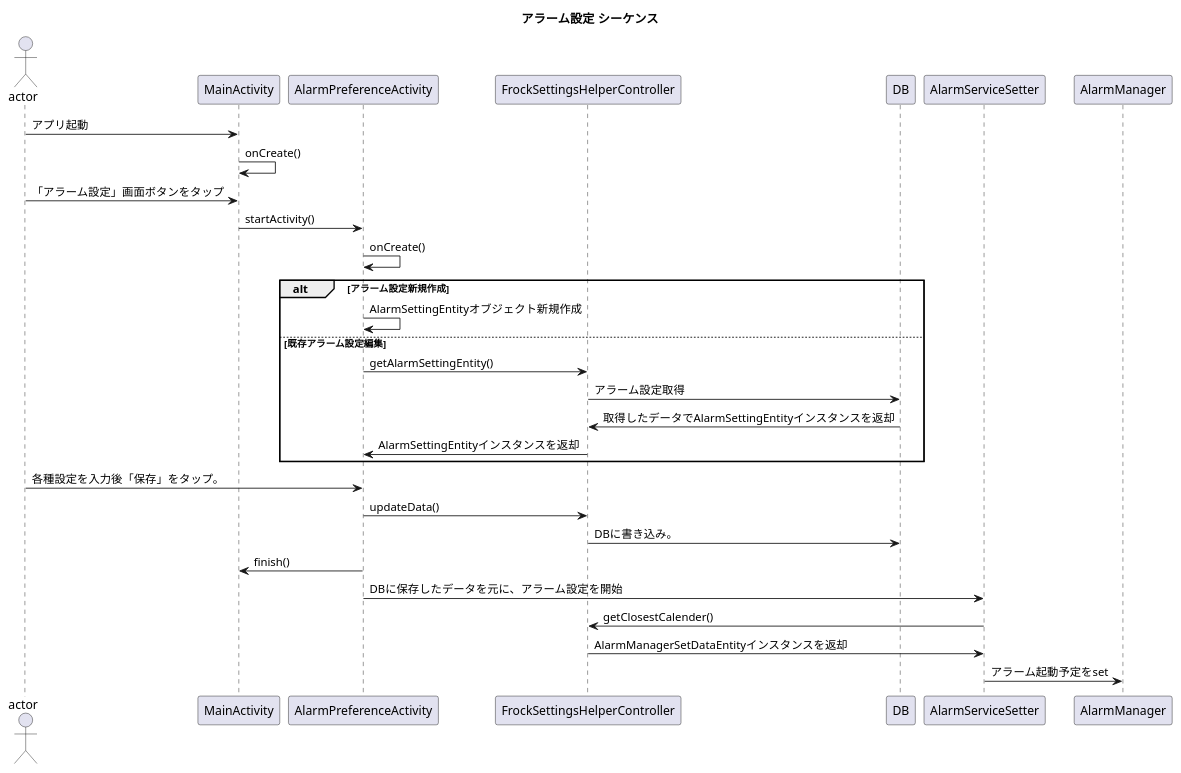
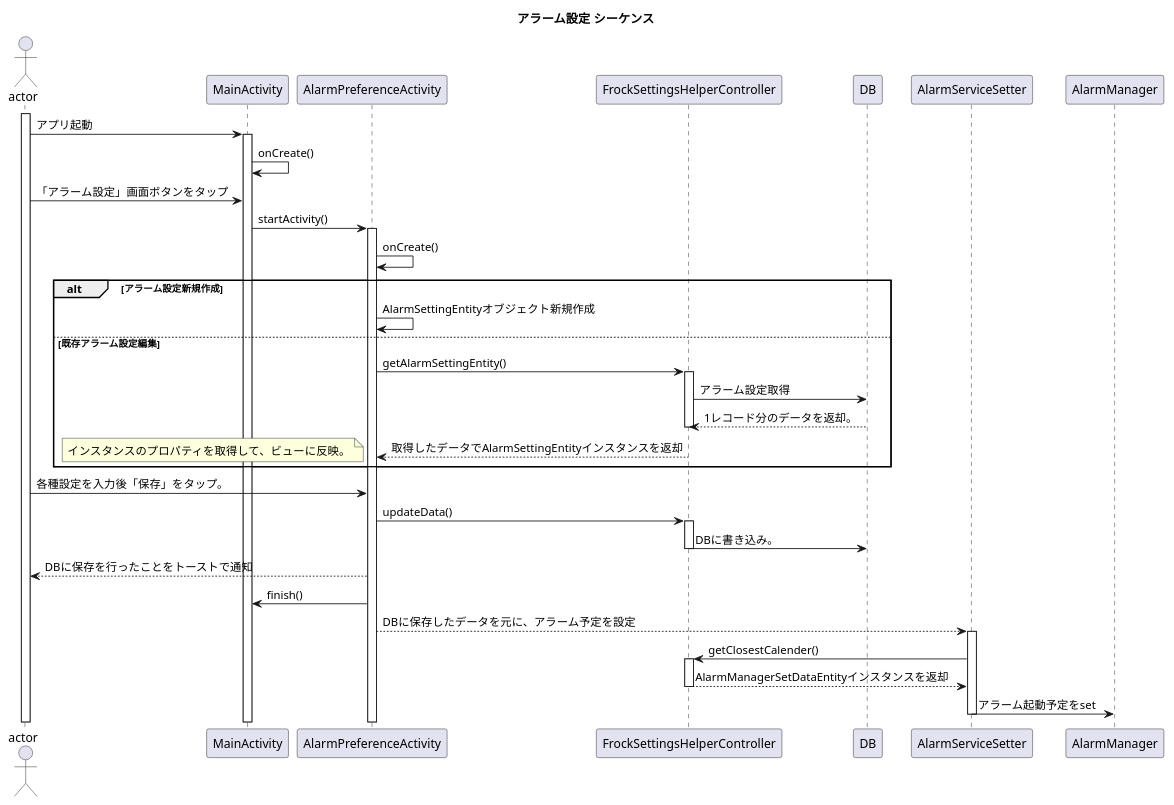
One commit to nsaito92/Frock changed the second of 2 diagrams in doc/Configuration/Config_top.md. Above: the diagram before and after it, drawn with PlantUML.

Commit message:
活性区間を記載。 refs #4

````diff
--- a/doc/Configuration/Config_top.md
+++ b/doc/Configuration/Config_top.md
@@ -131,38 +131,55 @@
 ```puml
 
 @startuml
 
 title アラーム設定 シーケンス
 
 ' asを使って、「actor」から、分類子の名前を変更することも出来る。
 actor       actor
 
+activate actor
 actor -> MainActivity: アプリ起動
+activate MainActivity
 MainActivity -> MainActivity:onCreate()
 
 actor -> MainActivity:「アラーム設定」画面ボタンをタップ
 MainActivity -> AlarmPreferenceActivity:startActivity()
+activate AlarmPreferenceActivity
 AlarmPreferenceActivity -> AlarmPreferenceActivity:onCreate()
+
+'<-, ->	同期メッセージ	戻りを待つメッセージ。通常のメッセージです。
+'<--, -->	戻りメッセージ	メッセージの送り先からの戻り値
+'<<-, ->>	非同期メッセージ	同期されないメッセージ
 
 alt アラーム設定新規作成
     AlarmPreferenceActivity -> AlarmPreferenceActivity:AlarmSettingEntityオブジェクト新規作成
 else 既存アラーム設定編集
     AlarmPreferenceActivity -> FrockSettingsHelperController:getAlarmSettingEntity()
+    activate FrockSettingsHelperController
     FrockSettingsHelperController -> DB:アラーム設定取得
-    FrockSettingsHelperController <- DB:取得したデータでAlarmSettingEntityインスタンスを返却
-    AlarmPreferenceActivity <- FrockSettingsHelperController:AlarmSettingEntityインスタンスを返却
+    FrockSettingsHelperController <-- DB:1レコード分のデータを返却。
+    deactivate FrockSettingsHelperController
+    AlarmPreferenceActivity <-- FrockSettingsHelperController:取得したデータでAlarmSettingEntityインスタンスを返却
+    note left:インスタンスのプロパティを取得して、ビューに反映。
 end
 
 actor -> AlarmPreferenceActivity:各種設定を入力後「保存」をタップ。
+
 AlarmPreferenceActivity -> FrockSettingsHelperController:updateData()
+activate FrockSettingsHelperController
 FrockSettingsHelperController -> DB:DBに書き込み。
+deactivate FrockSettingsHelperController
+actor <-- AlarmPreferenceActivity:DBに保存を行ったことをトーストで通知
 MainActivity <- AlarmPreferenceActivity:finish()
 
-AlarmPreferenceActivity ->AlarmServiceSetter:DBに保存したデータを元に、アラーム設定を開始
+AlarmPreferenceActivity --> AlarmServiceSetter:DBに保存したデータを元に、アラーム予定を設定
+activate AlarmServiceSetter
 AlarmServiceSetter -> FrockSettingsHelperController:getClosestCalender()
-AlarmServiceSetter <- FrockSettingsHelperController:AlarmManagerSetDataEntityインスタンスを返却
+activate FrockSettingsHelperController
+AlarmServiceSetter <-- FrockSettingsHelperController:AlarmManagerSetDataEntityインスタンスを返却
+deactivate FrockSettingsHelperController
 AlarmServiceSetter -> AlarmManager:アラーム起動予定をset
-
+deactivate AlarmServiceSetter
 @enduml
 
 ```
````
